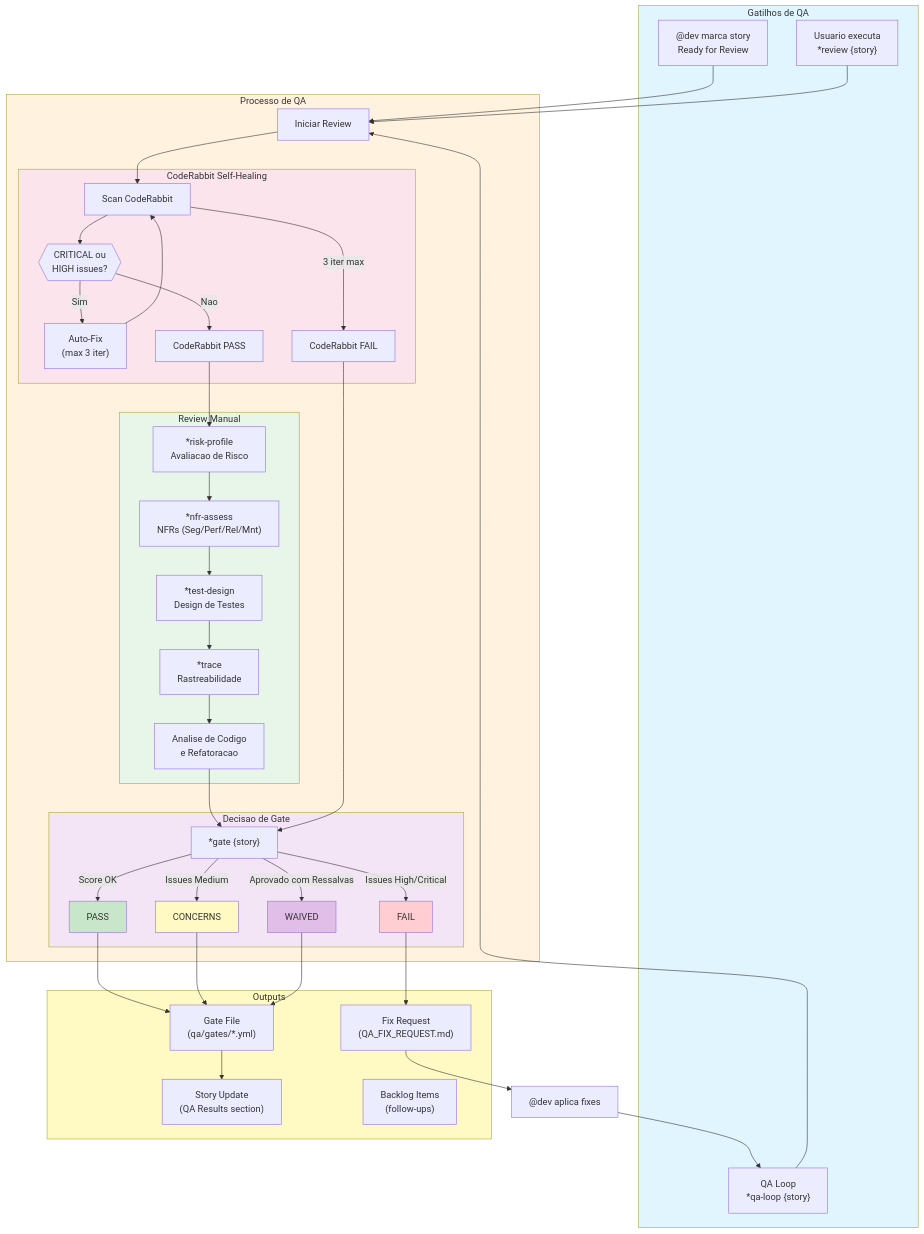
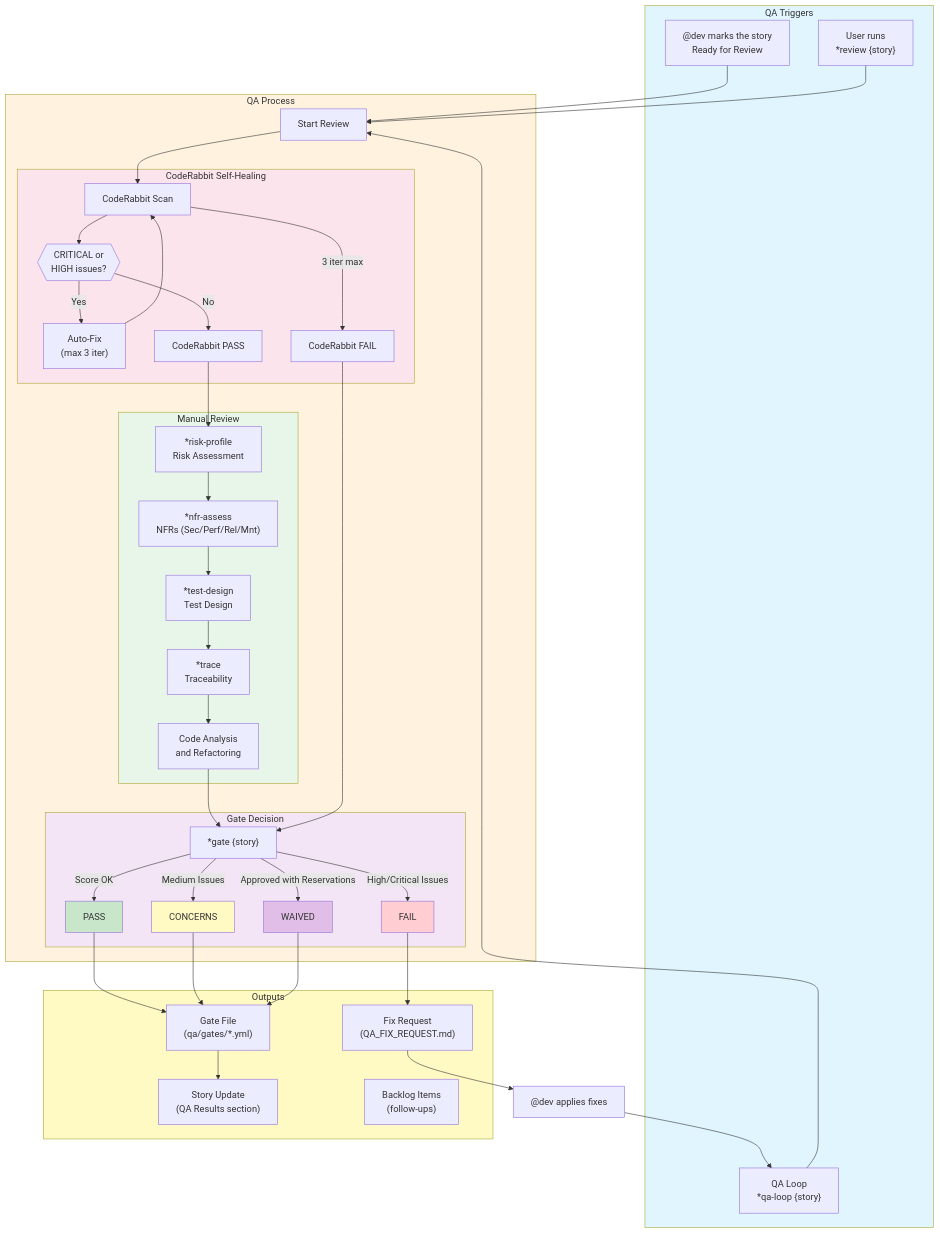
Before and after one commit to CyryxLabs/AEXOS: the first of 5 diagrams in docs/aexos-agent-flows/qa-system.md, drawn with Mermaid. The commit also changed other lines of this file and 528 other files, not shown here.

````diff
--- a/docs/aexos-agent-flows/qa-system.md
+++ b/docs/aexos-agent-flows/qa-system.md
@@ -101,8 +101,8 @@
 ```mermaid
 flowchart TB
-    subgraph TRIGGERS["Gatilhos de QA"]
-        DEV_DONE["@dev marca story<br/>Ready for Review"]
-        MANUAL["Usuario executa<br/>*review {story}"]
+    subgraph TRIGGERS["QA Triggers"]
+        DEV_DONE["@dev marks the story<br/>Ready for Review"]
+        MANUAL["User runs<br/>*review {story}"]
         LOOP["QA Loop<br/>*qa-loop {story}"]
     end
 
@@ -110,31 +110,31 @@
     MANUAL --> START
     LOOP --> START
 
-    subgraph QA_PROCESS["Processo de QA"]
-        START["Iniciar Review"]
+    subgraph QA_PROCESS["QA Process"]
+        START["Start Review"]
 
         subgraph CODERABBIT["CodeRabbit Self-Healing"]
-            CR_SCAN["Scan CodeRabbit"]
-            CR_CHECK{{"CRITICAL ou<br/>HIGH issues?"}}
+            CR_SCAN["CodeRabbit Scan"]
+            CR_CHECK{{"CRITICAL or<br/>HIGH issues?"}}
             CR_FIX["Auto-Fix<br/>(max 3 iter)"]
             CR_PASS["CodeRabbit PASS"]
             CR_FAIL["CodeRabbit FAIL"]
 
             CR_SCAN --> CR_CHECK
-            CR_CHECK -->|Sim| CR_FIX
+            CR_CHECK -->|Yes| CR_FIX
             CR_FIX --> CR_SCAN
-            CR_CHECK -->|Nao| CR_PASS
+            CR_CHECK -->|No| CR_PASS
             CR_SCAN -->|3 iter max| CR_FAIL
         end
 
         START --> CR_SCAN
 
-        subgraph MANUAL_REVIEW["Review Manual"]
-            RISK["*risk-profile<br/>Avaliacao de Risco"]
-            NFR["*nfr-assess<br/>NFRs (Seg/Perf/Rel/Mnt)"]
-            TEST["*test-design<br/>Design de Testes"]
-            TRACE["*trace<br/>Rastreabilidade"]
-            ANALYSIS["Analise de Codigo<br/>e Refatoracao"]
+        subgraph MANUAL_REVIEW["Manual Review"]
+            RISK["*risk-profile<br/>Risk Assessment"]
+            NFR["*nfr-assess<br/>NFRs (Sec/Perf/Rel/Mnt)"]
+            TEST["*test-design<br/>Test Design"]
+            TRACE["*trace<br/>Traceability"]
+            ANALYSIS["Code Analysis<br/>and Refactoring"]
         end
 
         CR_PASS --> RISK
@@ -143,7 +143,7 @@
         TEST --> TRACE
         TRACE --> ANALYSIS
 
-        subgraph GATE_DECISION["Decisao de Gate"]
+        subgraph GATE_DECISION["Gate Decision"]
             GATE["*gate {story}"]
             PASS["PASS"]
             CONCERNS["CONCERNS"]
@@ -155,9 +155,9 @@
         CR_FAIL --> GATE
 
         GATE -->|Score OK| PASS
-        GATE -->|Issues Medium| CONCERNS
-        GATE -->|Issues High/Critical| FAIL
-        GATE -->|Aprovado com Ressalvas| WAIVED
+        GATE -->|Medium Issues| CONCERNS
+        GATE -->|High/Critical Issues| FAIL
+        GATE -->|Approved with Reservations| WAIVED
     end
 
     subgraph OUTPUTS["Outputs"]
@@ -173,7 +173,7 @@
     WAIVED --> GATE_FILE
 
     GATE_FILE --> STORY_UPDATE
-    FIX_REQUEST --> DEV_FIX["@dev aplica fixes"]
+    FIX_REQUEST --> DEV_FIX["@dev applies fixes"]
     DEV_FIX --> LOOP
 
     style TRIGGERS fill:#e1f5fe
````
